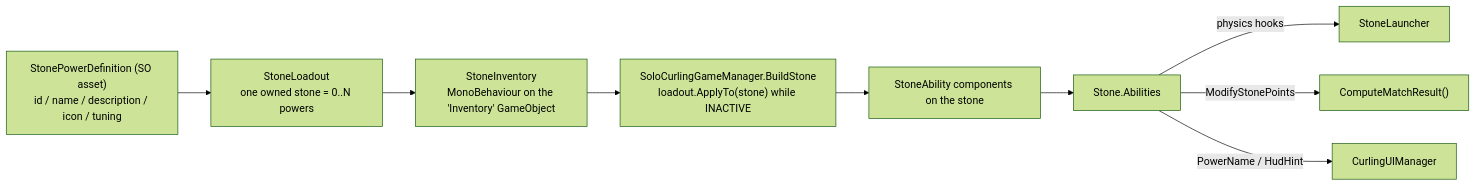
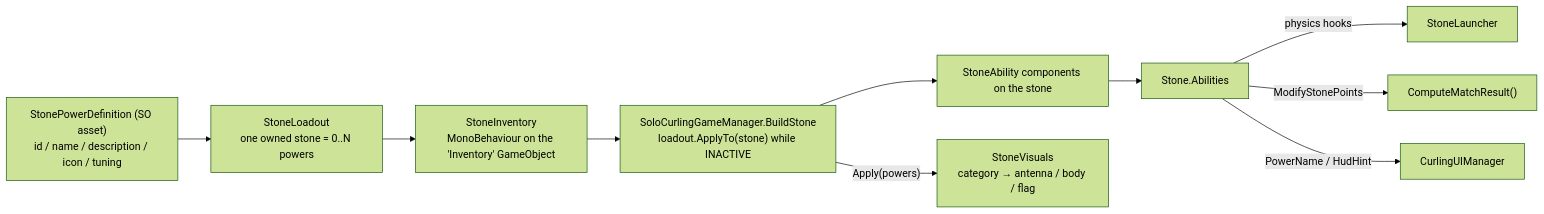
Before and after one commit to mickaelbressieux/CSM: the second of 2 diagrams in Assets/Scripts/CurlingRoundScript/README.md, drawn with Mermaid (forest theme). The commit also changed other lines of this file and 31 other files, not shown here.

````diff
--- a/Assets/Scripts/CurlingRoundScript/README.md
+++ b/Assets/Scripts/CurlingRoundScript/README.md
@@ -246,14 +248,15 @@
 ```mermaid
 flowchart LR
     A["StonePowerDefinition (SO asset)<br/>id / name / description / icon / tuning"]
     B["StoneLoadout<br/>one owned stone = 0..N powers"]
     C["StoneInventory<br/>MonoBehaviour on the 'Inventory' GameObject"]
     D["SoloCurlingGameManager.BuildStone<br/>loadout.ApplyTo(stone) while INACTIVE"]
     E["StoneAbility components on the stone"]
     F["Stone.Abilities"]
 
     A --> B --> C --> D --> E --> F
     F -->|physics hooks| G[StoneLauncher]
     F -->|ModifyStonePoints| H["ComputeMatchResult()"]
     F -->|PowerName / HudHint| I[CurlingUIManager]
+    D -->|"Apply(powers)"| J["StoneVisuals<br/>category → antenna / body / flag"]
 ```
````
